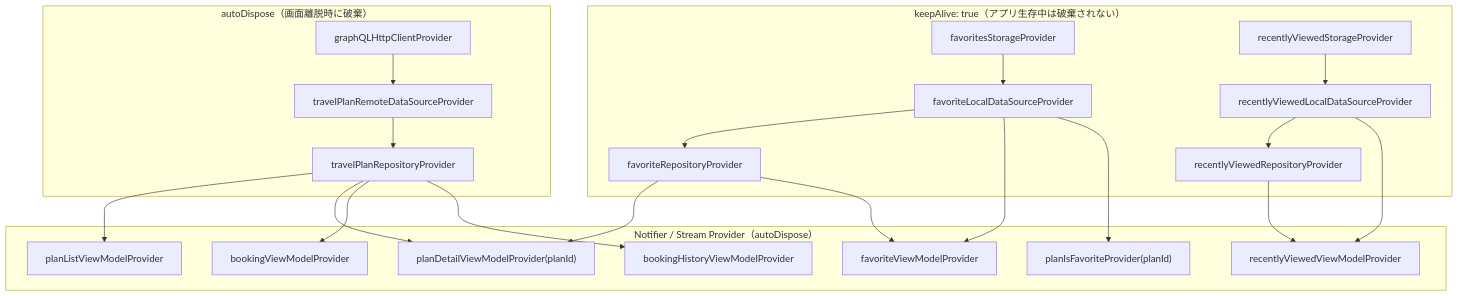
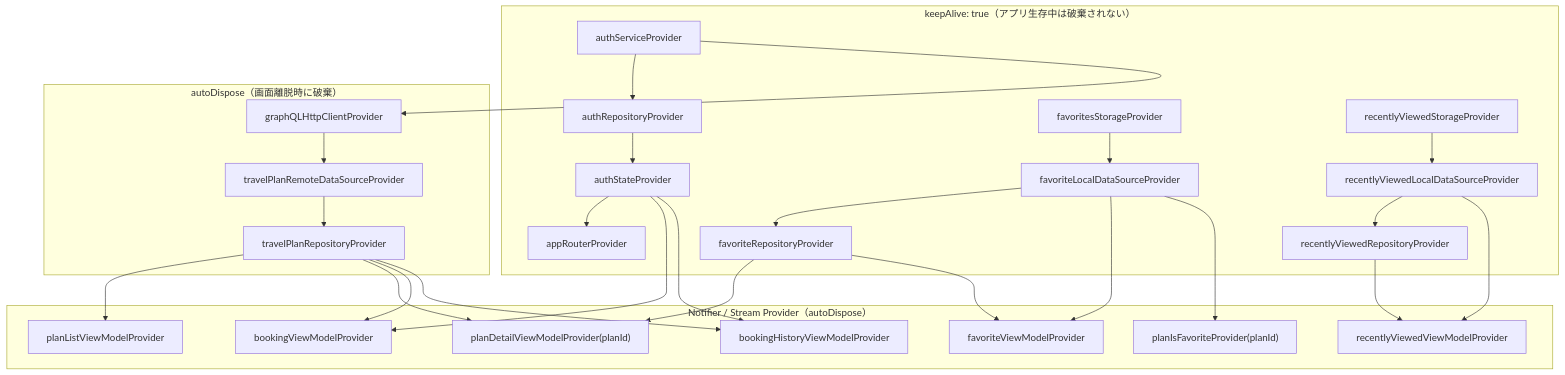
The fourth of 13 diagrams in architecture_guidance.md (fumiyasac/travel_booking), drawn with Mermaid before and after one commit. The commit also changed other lines of this file and 2 other files, not shown here.

````diff
--- a/architecture_guidance.md
+++ b/architecture_guidance.md
@@ -293,41 +299,50 @@
 ```mermaid
 graph TD
     subgraph keep["keepAlive: true（アプリ生存中は破棄されない）"]
+        AuthSvc["authServiceProvider"]
+        AuthRepo["authRepositoryProvider"]
+        AuthState["authStateProvider"]
+        AppRouter["appRouterProvider"]
+        AuthSvc --> AuthRepo --> AuthState
+        AuthState --> AppRouter
         FavStorage["favoritesStorageProvider"]
         FavDS["favoriteLocalDataSourceProvider"]
         FavRepo["favoriteRepositoryProvider"]
         FavStorage --> FavDS --> FavRepo
         RVStorage["recentlyViewedStorageProvider"]
         RVDS["recentlyViewedLocalDataSourceProvider"]
         RVRepo["recentlyViewedRepositoryProvider"]
         RVStorage --> RVDS --> RVRepo
     end
 
     subgraph auto["autoDispose（画面離脱時に破棄）"]
         GQL["graphQLHttpClientProvider"]
         TPRemoteDS["travelPlanRemoteDataSourceProvider"]
         TPRepo["travelPlanRepositoryProvider"]
+        AuthSvc --> GQL
         GQL --> TPRemoteDS --> TPRepo
     end
 
     subgraph notifiers["Notifier / Stream Provider（autoDispose）"]
         PlanListVM["planListViewModelProvider"]
         PlanDetailVM["planDetailViewModelProvider(planId)"]
         BookingVM["bookingViewModelProvider"]
         FavVM["favoriteViewModelProvider"]
         BookingHistVM["bookingHistoryViewModelProvider"]
         RVVM["recentlyViewedViewModelProvider"]
         PlanIsFav["planIsFavoriteProvider(planId)"]
     end
 
     TPRepo --> PlanListVM
     TPRepo --> PlanDetailVM
     FavRepo --> PlanDetailVM
     TPRepo --> BookingVM
+    AuthState --> BookingVM
     FavDS --> FavVM
     FavRepo --> FavVM
     TPRepo --> BookingHistVM
+    AuthState --> BookingHistVM
     RVDS --> RVVM
     RVRepo --> RVVM
     FavDS --> PlanIsFav
 ```
````
